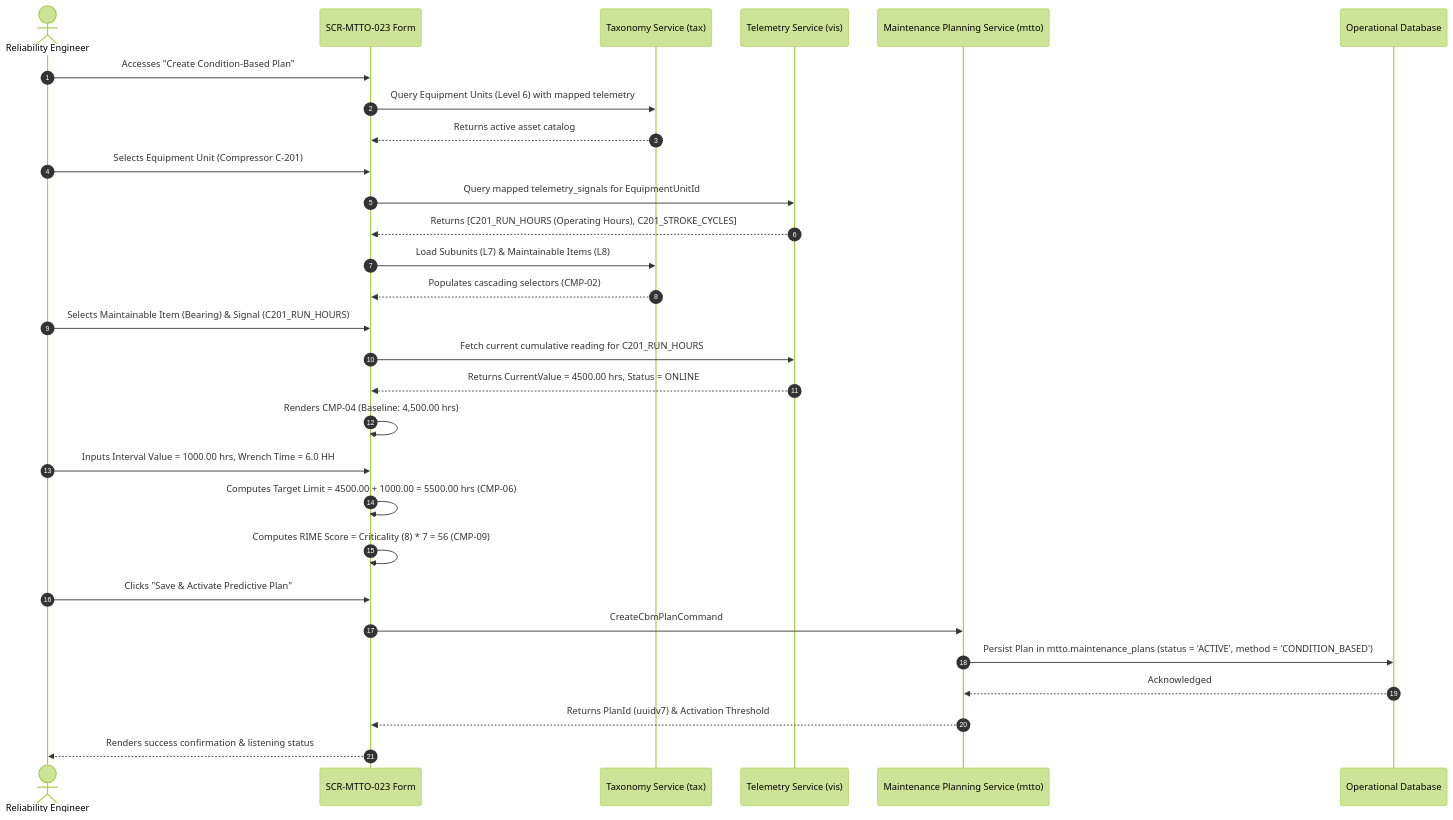
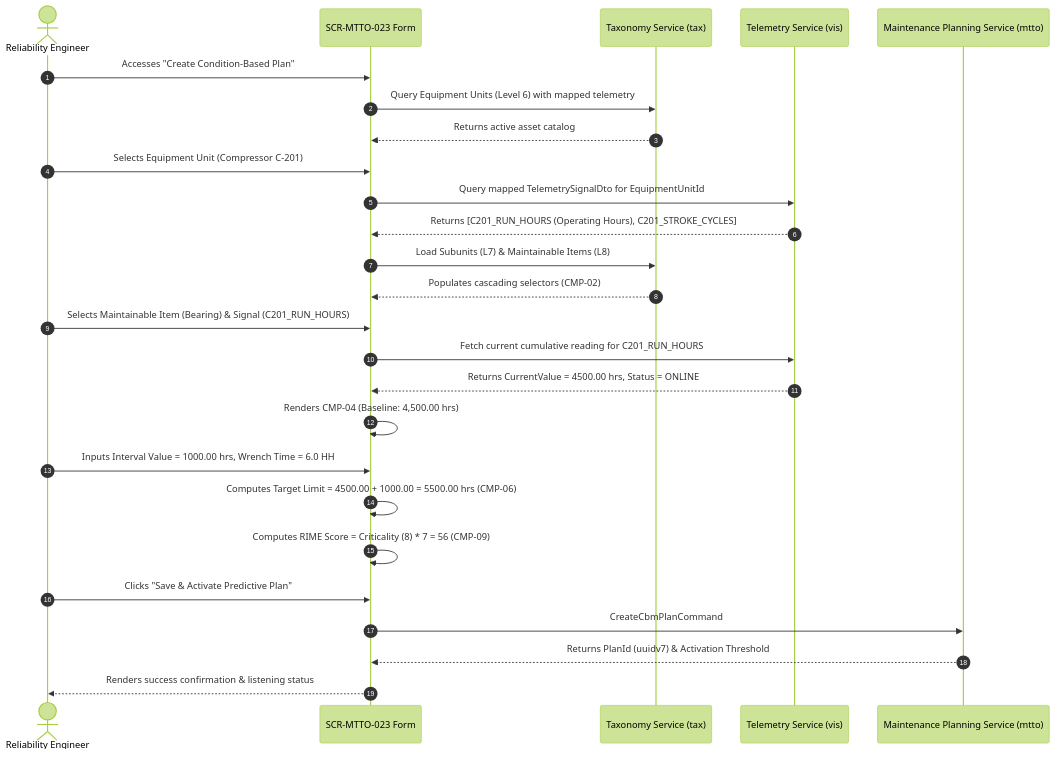
One commit to Novav20/adso-dteam-docs changed the first of 2 diagrams in ui-ux/screens/mtto/SCR-MTTO-023.md. Above: the diagram before and after it, drawn with Mermaid (forest theme). The commit also changed other lines of this file and 4 other files, not shown here.

````diff
--- a/ui-ux/screens/mtto/SCR-MTTO-023.md
+++ b/ui-ux/screens/mtto/SCR-MTTO-023.md
@@ -82,32 +82,29 @@
 ```mermaid
 sequenceDiagram
     autonumber
     actor Engineer as Reliability Engineer
     participant UI as SCR-MTTO-023 Form
     participant TAX as Taxonomy Service (tax)
     participant VIS as Telemetry Service (vis)
     participant MTTO as Maintenance Planning Service (mtto)
-    participant DB as Operational Database
 
     Engineer->>UI: Accesses "Create Condition-Based Plan"
     UI->>TAX: Query Equipment Units (Level 6) with mapped telemetry
     TAX-->>UI: Returns active asset catalog
     Engineer->>UI: Selects Equipment Unit (Compressor C-201)
-    UI->>VIS: Query mapped telemetry_signals for EquipmentUnitId
+    UI->>VIS: Query mapped TelemetrySignalDto for EquipmentUnitId
     VIS-->>UI: Returns [C201_RUN_HOURS (Operating Hours), C201_STROKE_CYCLES]
     UI->>TAX: Load Subunits (L7) & Maintainable Items (L8)
     TAX-->>UI: Populates cascading selectors (CMP-02)
     Engineer->>UI: Selects Maintainable Item (Bearing) & Signal (C201_RUN_HOURS)
     UI->>VIS: Fetch current cumulative reading for C201_RUN_HOURS
     VIS-->>UI: Returns CurrentValue = 4500.00 hrs, Status = ONLINE
     UI->>UI: Renders CMP-04 (Baseline: 4,500.00 hrs)
     Engineer->>UI: Inputs Interval Value = 1000.00 hrs, Wrench Time = 6.0 HH
     UI->>UI: Computes Target Limit = 4500.00 + 1000.00 = 5500.00 hrs (CMP-06)
     UI->>UI: Computes RIME Score = Criticality (8) * 7 = 56 (CMP-09)
     Engineer->>UI: Clicks "Save & Activate Predictive Plan"
     UI->>MTTO: CreateCbmPlanCommand
-    MTTO->>DB: Persist Plan in mtto.maintenance_plans (status = 'ACTIVE', method = 'CONDITION_BASED')
-    DB-->>MTTO: Acknowledged
     MTTO-->>UI: Returns PlanId (uuidv7) & Activation Threshold
     UI-->>Engineer: Renders success confirmation & listening status
 ```
````
